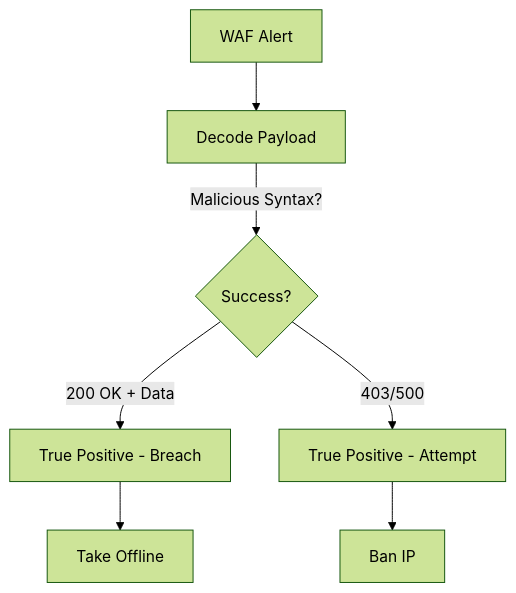
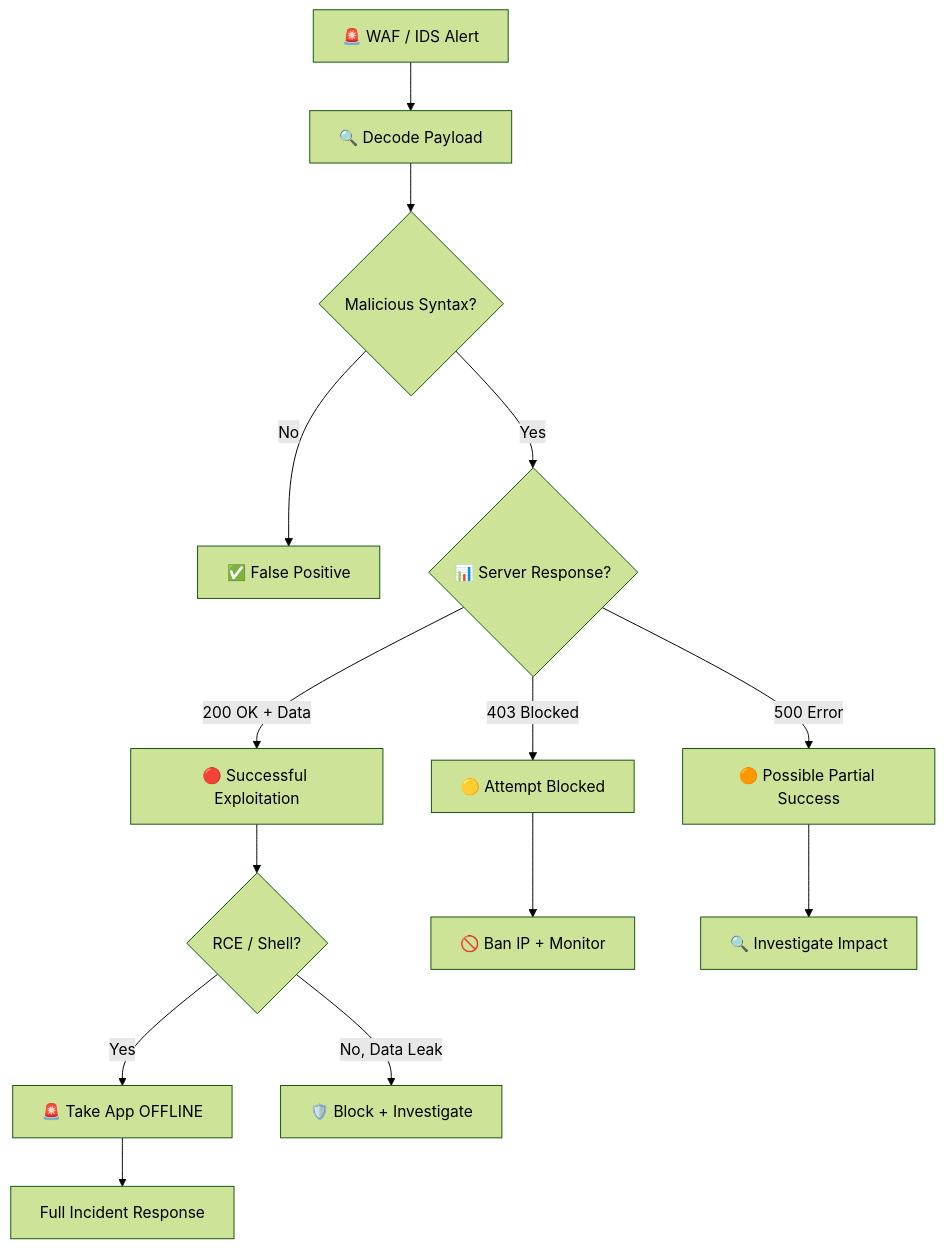
The diagram in 05_Incident_Response/Playbooks/Web_Attack.en.md (nutthakorn7/SOC-SOP), drawn with Mermaid (forest theme) before and after one commit. The commit also changed other lines of this file and 4 other files, not shown here.

````diff
--- a/05_Incident_Response/Playbooks/Web_Attack.en.md
+++ b/05_Incident_Response/Playbooks/Web_Attack.en.md
@@ -9,9 +12,16 @@
 ```mermaid
 graph TD
-    Alert[WAF Alert] --> Decode[Decode Payload]
-    Decode -->|Malicious Syntax?| Check{Success?}
-    Check -->|200 OK + Data| Breach[True Positive - Breach]
-    Check -->|403/500| Scan[True Positive - Attempt]
-    Breach --> Offline[Take Offline]
-    Scan --> Ban[Ban IP]
+    Alert["🚨 WAF / IDS Alert"] --> Decode["🔍 Decode Payload"]
+    Decode --> Malicious{"Malicious Syntax?"}
+    Malicious -->|No| FP["✅ False Positive"]
+    Malicious -->|Yes| Response{"📊 Server Response?"}
+    Response -->|200 OK + Data| Breach["🔴 Successful Exploitation"]
+    Response -->|403 Blocked| Blocked["🟡 Attempt Blocked"]
+    Response -->|500 Error| Partial["🟠 Possible Partial Success"]
+    Breach --> RCE{"RCE / Shell?"}
+    RCE -->|Yes| Offline["🚨 Take App OFFLINE"]
+    RCE -->|No, Data Leak| Contain["🛡️ Block + Investigate"]
+    Blocked --> Ban["🚫 Ban IP + Monitor"]
+    Partial --> Investigate["🔍 Investigate Impact"]
+    Offline --> FullIR["Full Incident Response"]
 ```
````
